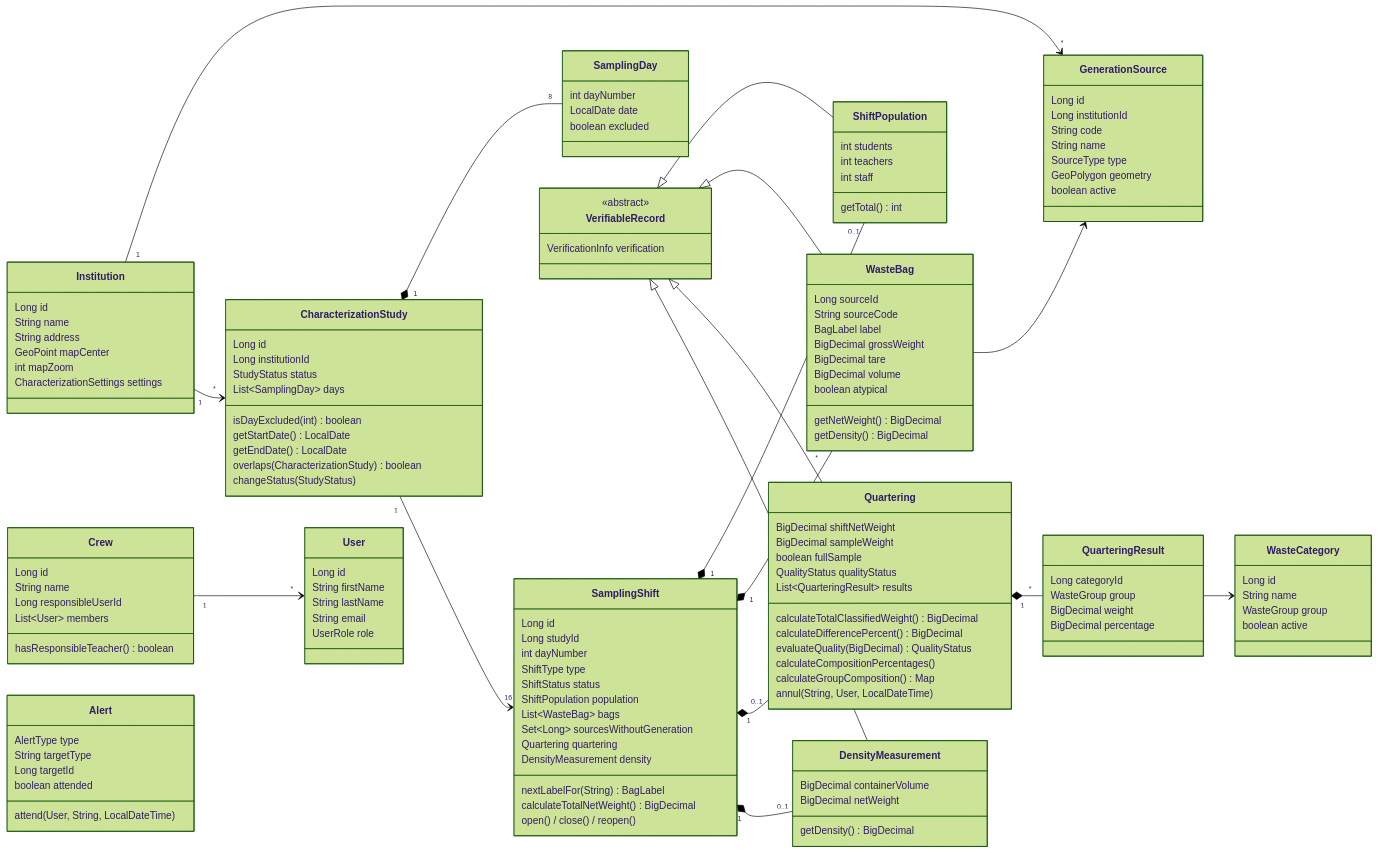
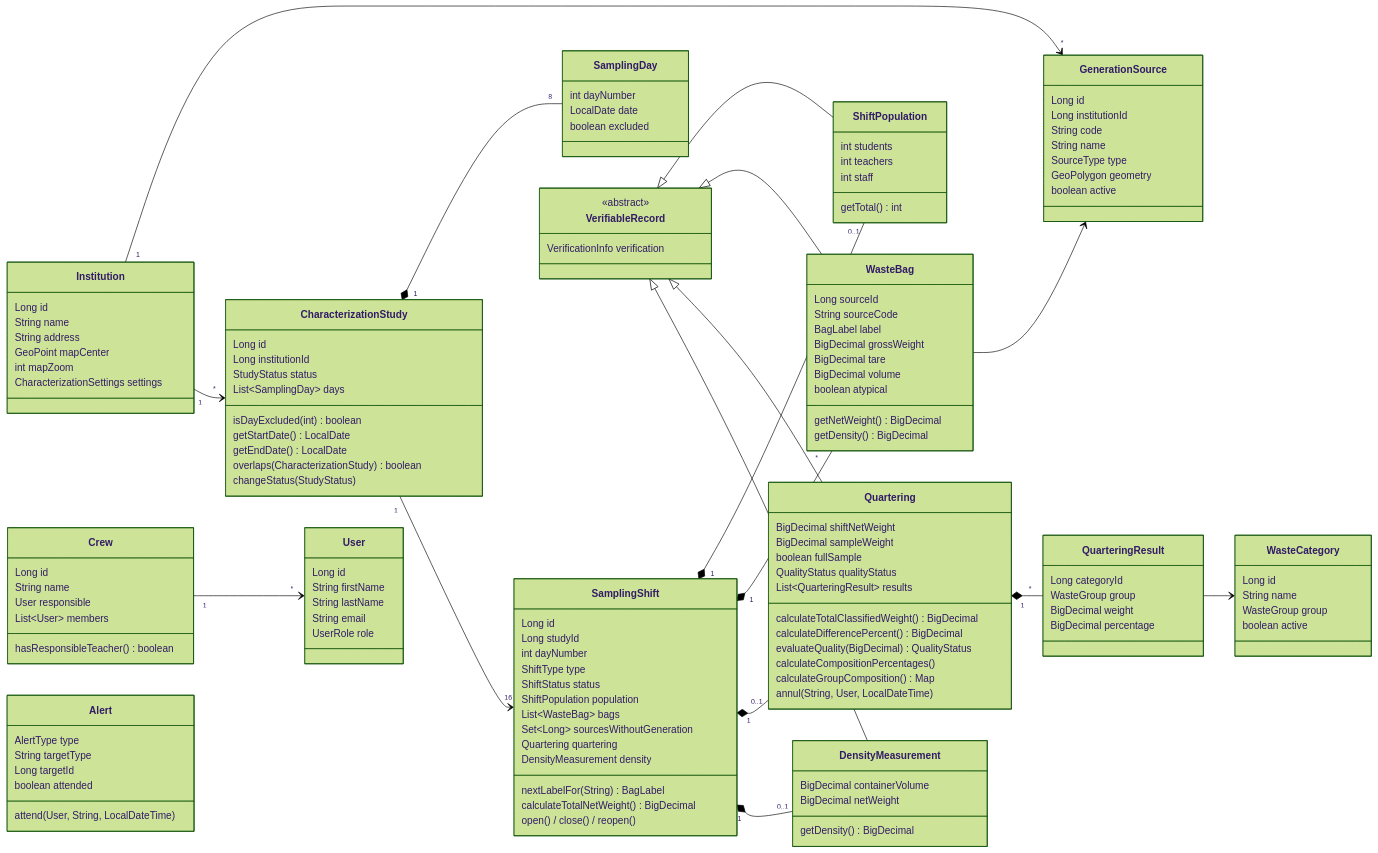
The diagram in specs/001-dominio-caracterizacion/plan.md (mlanderoc/EcoPoint-Edu), drawn with Mermaid (forest theme) before and after one commit. The commit also changed 9 other files, not shown here.

```diff
--- a/specs/001-dominio-caracterizacion/plan.md
+++ b/specs/001-dominio-caracterizacion/plan.md
@@ -162,7 +162,7 @@
     class Crew {
         Long id
         String name
-        Long responsibleUserId
+        User responsible
         List~User~ members
         hasResponsibleTeacher() boolean
     }
```
